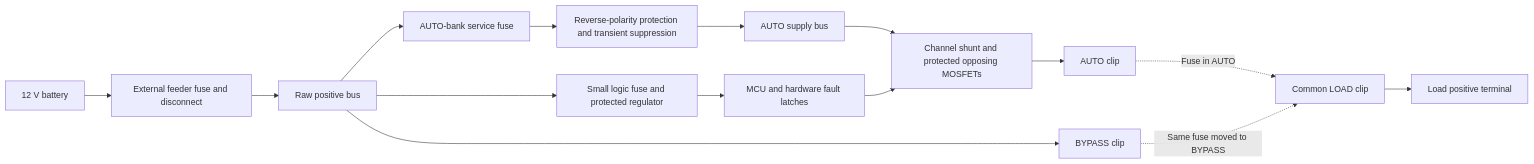
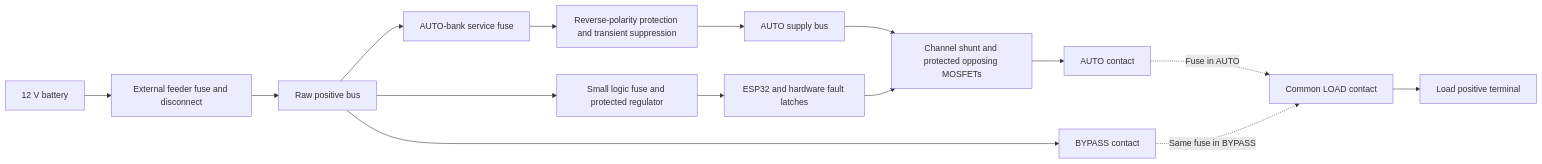
Before and after one commit to dpeckham/eswitch: the first of 2 diagrams in docs/design-proposal.md, drawn with Mermaid. The commit also changed other lines of this file and 1 other file, not shown here.

Commit message:
Revise design for Wi-Fi control and live emergency fuse transfer

````diff
--- a/docs/design-proposal.md
+++ b/docs/design-proposal.md
@@ -100,17 +107,17 @@
 ```mermaid
 flowchart LR
     B[12 V battery] --> M[External feeder fuse and disconnect]
     M --> R[Raw positive bus]
     R --> FA[AUTO-bank service fuse]
     FA --> P[Reverse-polarity protection and transient suppression]
     P --> A[AUTO supply bus]
     A --> C[Channel shunt and protected opposing MOSFETs]
-    C --> AC[AUTO clip]
-    R --> BC[BYPASS clip]
-    AC -. Fuse in AUTO .-> L[Common LOAD clip]
-    BC -. Same fuse moved to BYPASS .-> L
+    C --> AC[AUTO contact]
+    R --> BC[BYPASS contact]
+    AC -. Fuse in AUTO .-> L[Common LOAD contact]
+    BC -. Same fuse in BYPASS .-> L
     L --> O[Load positive terminal]
     R --> FL[Small logic fuse and protected regulator]
-    FL --> U[MCU and hardware fault latches]
+    FL --> U[ESP32 and hardware fault latches]
     U --> C
 ```
````
